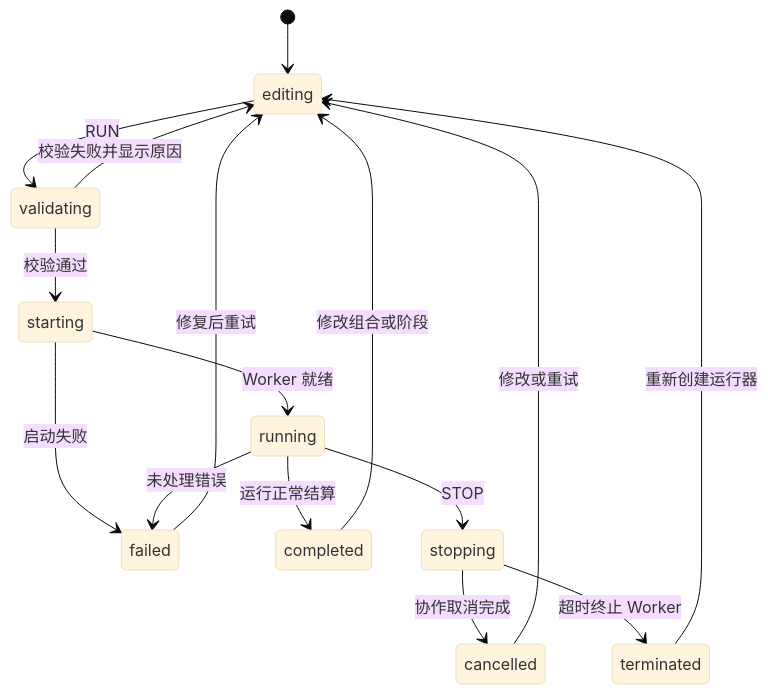
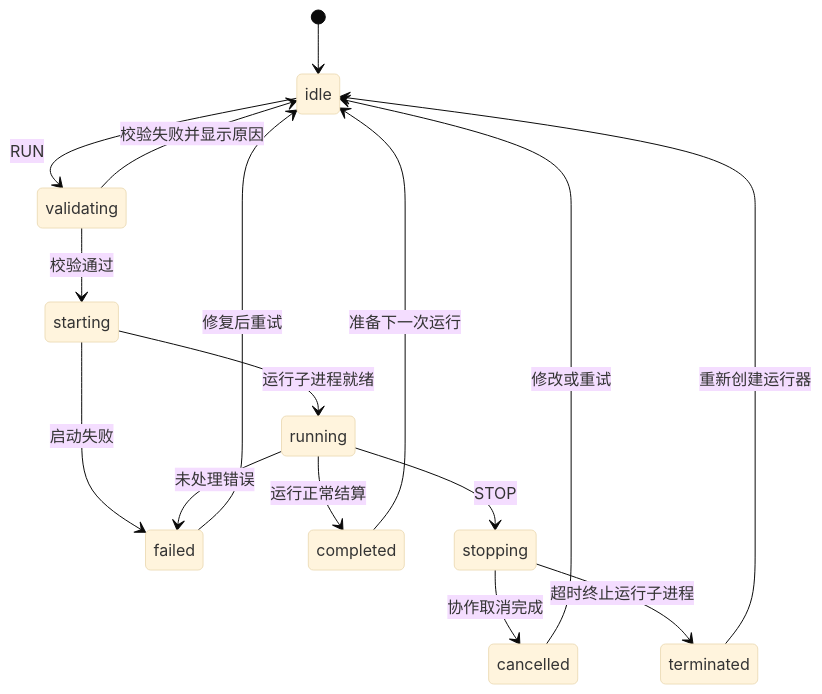
Before and after one commit to Maidang1/dsh: the second of 2 diagrams in docs/02-technical-architecture.md, drawn with Mermaid (base theme). The commit also changed other lines of this file and 7 other files, not shown here.

Commit message:
docs: move execution to Node while preserving visualization flow

````diff
--- a/docs/02-technical-architecture.md
+++ b/docs/02-technical-architecture.md
@@ -134,18 +209,18 @@
 ```mermaid
 stateDiagram-v2
-    [*] --> editing
-    editing --> validating: RUN
+    [*] --> idle
+    idle --> validating: RUN
     validating --> starting: 校验通过
-    validating --> editing: 校验失败并显示原因
-    starting --> running: Worker 就绪
+    validating --> idle: 校验失败并显示原因
+    starting --> running: 运行子进程就绪
     starting --> failed: 启动失败
     running --> completed: 运行正常结算
     running --> stopping: STOP
     running --> failed: 未处理错误
     stopping --> cancelled: 协作取消完成
-    stopping --> terminated: 超时终止 Worker
-    completed --> editing: 修改组合或阶段
-    cancelled --> editing: 修改或重试
-    terminated --> editing: 重新创建运行器
-    failed --> editing: 修复后重试
+    stopping --> terminated: 超时终止运行子进程
+    completed --> idle: 准备下一次运行
+    cancelled --> idle: 修改或重试
+    terminated --> idle: 重新创建运行器
+    failed --> idle: 修复后重试
 ```
````
